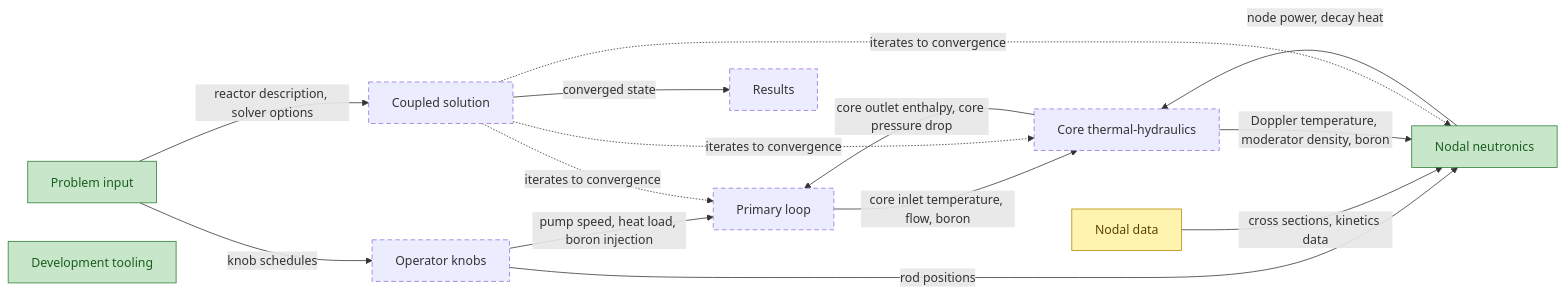
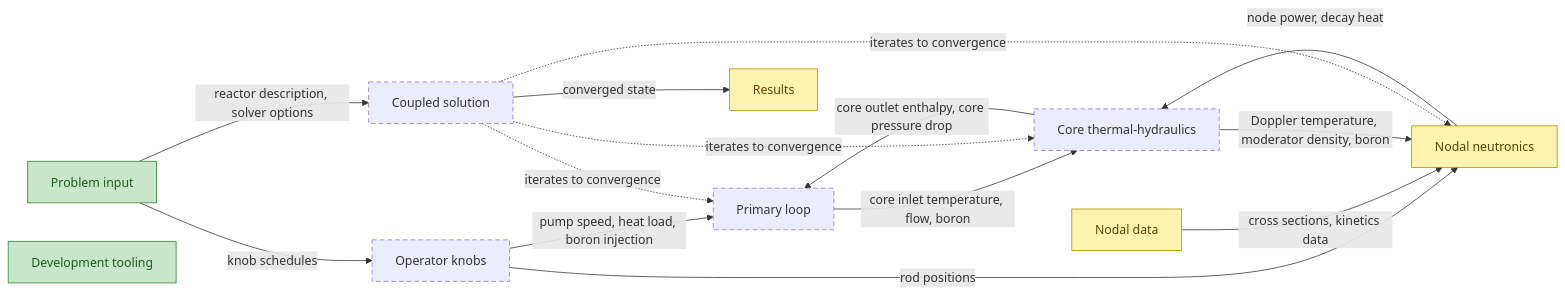
The first of 15 diagrams in Planning/DBC/CONCEPTS.md (aurja130/URUS), drawn with Mermaid before and after one commit. The commit also changed other lines of this file and 5 other files, not shown here.

````diff
--- a/Planning/DBC/CONCEPTS.md
+++ b/Planning/DBC/CONCEPTS.md
@@ -20,24 +20,24 @@
 ```mermaid
 flowchart LR
 classDef implemented fill:#c8e6c9,stroke:#2e7d32,color:#1b5e20
 classDef partial fill:#fff3b0,stroke:#b58900,color:#5c4400
 classDef planned stroke-dasharray:6 4
 classDef external fill:#eeeeee,stroke:#9e9e9e,stroke-dasharray:1 3,color:#616161
 ProblemInput["Problem input"] -->|knob schedules| Knobs["Operator knobs"]
 ProblemInput -->|reactor description, solver options| Coupling["Coupled solution"]
 Knobs -->|pump speed, heat load, boron injection| PrimaryLoop["Primary loop"]
 Knobs -->|rod positions| Neutronics["Nodal neutronics"]
 NodalLibrary["Nodal data"] -->|cross sections, kinetics data| Neutronics
 PrimaryLoop -->|core inlet temperature, flow, boron| CoreThermalHydraulics["Core thermal-hydraulics"]
 CoreThermalHydraulics -->|core outlet enthalpy, core pressure drop| PrimaryLoop
 Neutronics -->|node power, decay heat| CoreThermalHydraulics
 CoreThermalHydraulics -->|Doppler temperature, moderator density, boron| Neutronics
 Coupling -.->|iterates to convergence| Neutronics
 Coupling -.->|iterates to convergence| CoreThermalHydraulics
 Coupling -.->|iterates to convergence| PrimaryLoop
 Coupling -->|converged state| Results["Results"]
 Tooling["Development tooling"]
-class Knobs,CoreThermalHydraulics,PrimaryLoop,Coupling,Results planned
-class Neutronics,ProblemInput,Tooling implemented
-class NodalLibrary partial
+class Knobs,CoreThermalHydraulics,PrimaryLoop,Coupling planned
+class ProblemInput,Tooling implemented
+class NodalLibrary,Neutronics,Results partial
 ```
````
